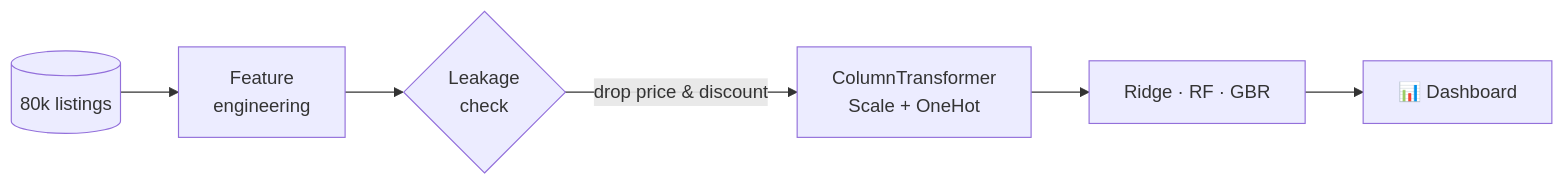
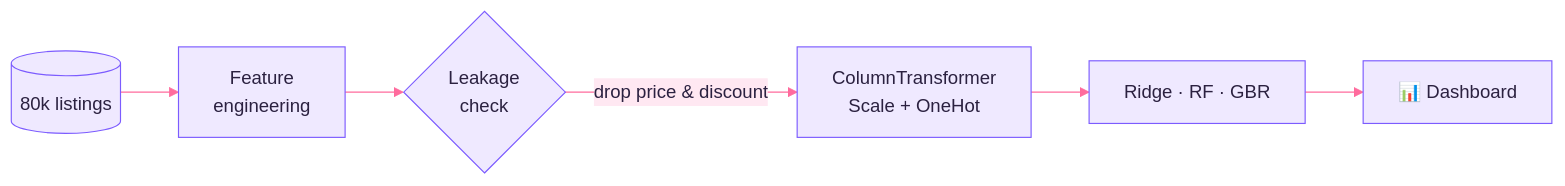
Before and after one commit to MaiCoderHoon/MaiCoderHoon: the second of 2 diagrams in README.md, drawn with Mermaid. The commit also changed other lines of this file and 4 other files, not shown here.

````diff
--- a/README.md
+++ b/README.md
@@ -106,8 +131,9 @@
 ```mermaid
+%%{init: {'theme':'base','themeVariables':{'primaryColor':'#EFE9FF','primaryBorderColor':'#7C5CFF','primaryTextColor':'#2B2140','lineColor':'#FF6B9D','secondaryColor':'#FFE8F2','tertiaryColor':'#E0F7F0'}}}%%
 flowchart LR
     D[(80k listings)] --> F[Feature<br/>engineering]
     F --> L{Leakage<br/>check}
     L -- drop price & discount --> P[ColumnTransformer<br/>Scale + OneHot]
     P --> M[Ridge · RF · GBR]
     M --> E[📊 Dashboard]
 ```
````
